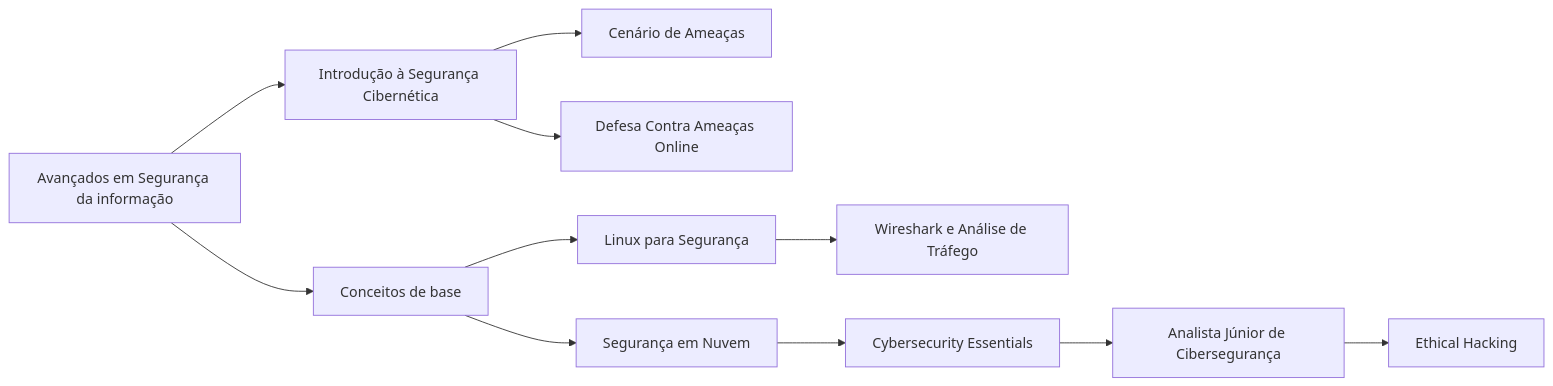
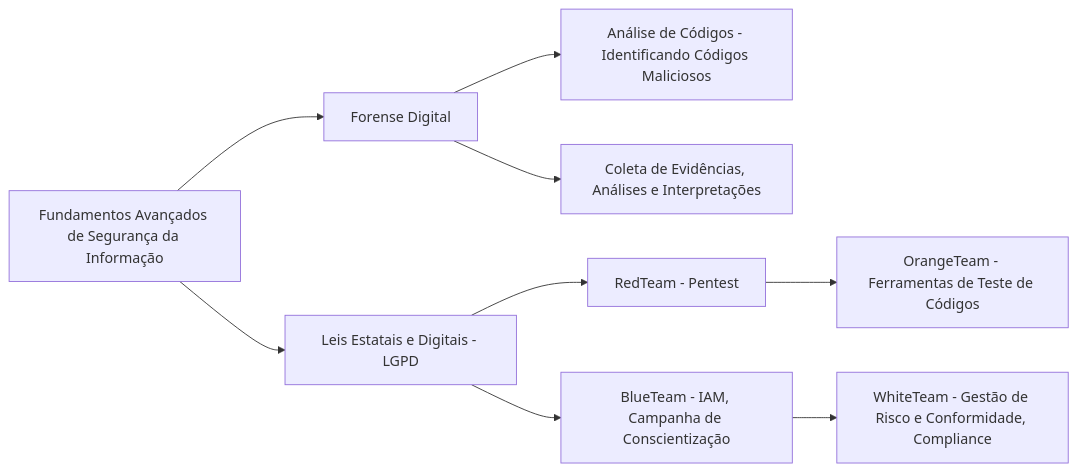
The fourth of 4 diagrams in README.md (socialhiveconnect/Seg.Info), drawn with Mermaid before and after one commit.

Commit message:
README.md

````diff
--- a/README.md
+++ b/README.md
@@ -174,15 +174,13 @@
 ```mermaid
-    graph LR;
-      A[Avançados em Segurança da informação]-->B[Introdução à Segurança Cibernética];
-      A-->C[Conceitos de base];
-      B-->D[Cenário de Ameaças];
-      B-->E[Defesa Contra Ameaças Online];
-      C-->F[Segurança em Nuvem];
-      C-->G[Linux para Segurança];
-      G-->H[Wireshark e Análise de Tráfego];
-      F-->I[Cybersecurity Essentials];
-      I-->J[Analista Júnior de Cibersegurança];
-      J-->K[Ethical Hacking];
+  graph LR;
+    A[Fundamentos Avançados de Segurança da Informação] --> B[Forense Digital];
+    A --> C[Leis Estatais e Digitais - LGPD];
+    B --> D[Análise de Códigos - Identificando Códigos Maliciosos];
+    B --> E[Coleta de Evidências, Análises e Interpretações];
+    C --> F[RedTeam - Pentest];
+    C --> G[BlueTeam - IAM, Campanha de Conscientização];
+    F --> H[OrangeTeam - Ferramentas de Teste de Códigos];
+    G --> I[WhiteTeam - Gestão de Risco e Conformidade, Compliance];
 
       click A "https://github.com/socialhiveconnect/Seg.Info/tree/main/avançado" "Veja o repositório Avançado"
 ```
````
